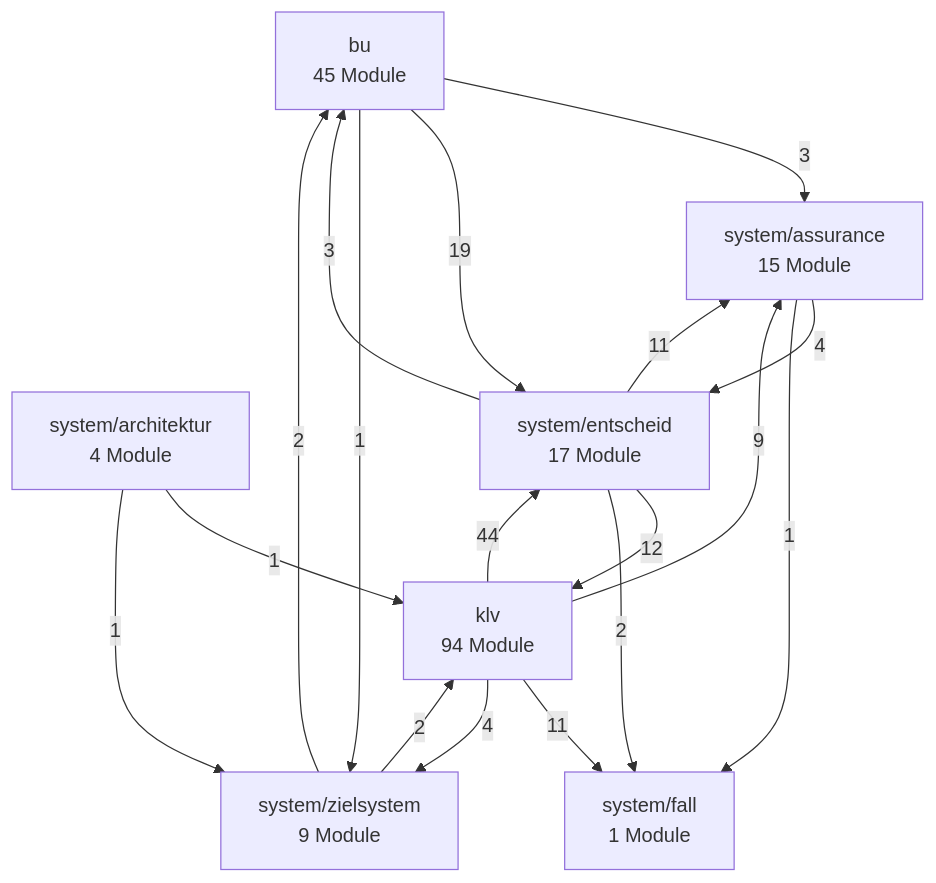
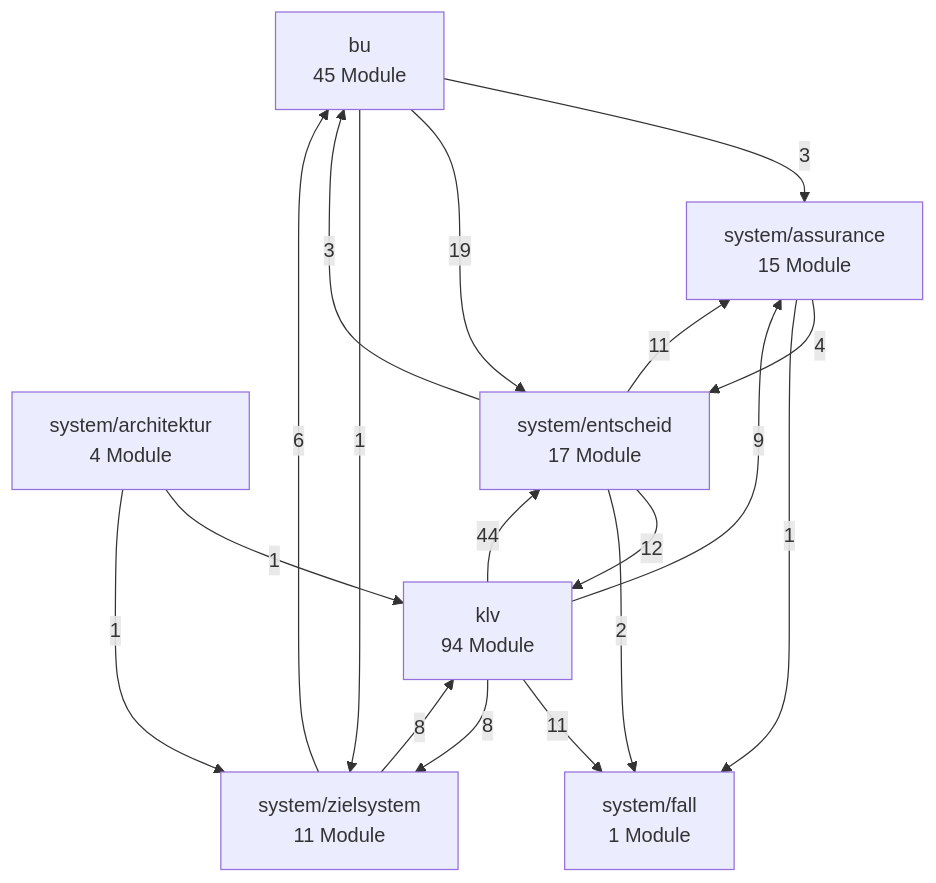
The second of 3 diagrams in docs/architektur/landkarte.md (bartlmac/rechner-pipeline), drawn with Mermaid before and after one commit. The commit also changed other lines of this file and 19 other files, not shown here.

````diff
--- a/docs/architektur/landkarte.md
+++ b/docs/architektur/landkarte.md
@@ -86,28 +85,28 @@
 ```mermaid
 %% Fachknoten — erzeugt von ontologie.landkarte
 flowchart TD
     bu["bu<br/>45 Module"]
     klv["klv<br/>94 Module"]
     system_architektur["system/architektur<br/>4 Module"]
     system_assurance["system/assurance<br/>15 Module"]
     system_entscheid["system/entscheid<br/>17 Module"]
     system_fall["system/fall<br/>1 Module"]
-    system_zielsystem["system/zielsystem<br/>9 Module"]
+    system_zielsystem["system/zielsystem<br/>11 Module"]
     bu -- 3 --> system_assurance
     bu -- 19 --> system_entscheid
     bu -- 1 --> system_zielsystem
     klv -- 9 --> system_assurance
     klv -- 44 --> system_entscheid
     klv -- 11 --> system_fall
-    klv -- 4 --> system_zielsystem
+    klv -- 8 --> system_zielsystem
     system_architektur -- 1 --> klv
     system_architektur -- 1 --> system_zielsystem
     system_assurance -- 4 --> system_entscheid
     system_assurance -- 1 --> system_fall
     system_entscheid -- 3 --> bu
     system_entscheid -- 12 --> klv
     system_entscheid -- 11 --> system_assurance
     system_entscheid -- 2 --> system_fall
-    system_zielsystem -- 2 --> bu
-    system_zielsystem -- 2 --> klv
+    system_zielsystem -- 6 --> bu
+    system_zielsystem -- 8 --> klv
 ```
````
